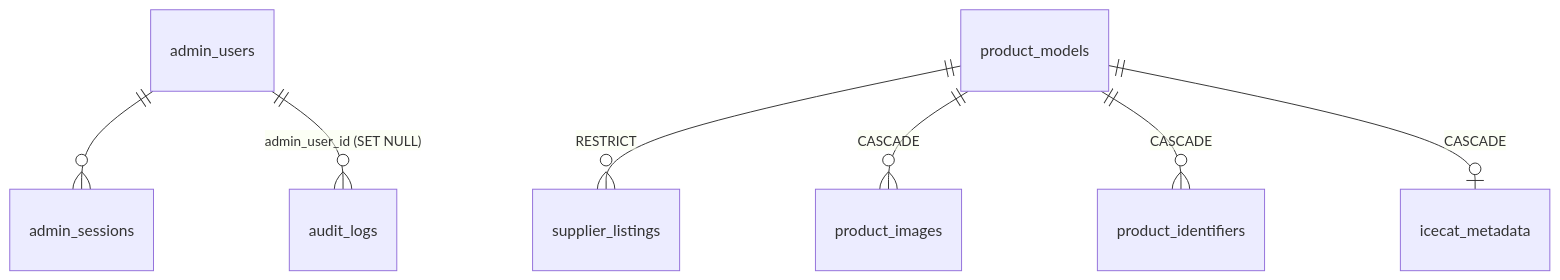
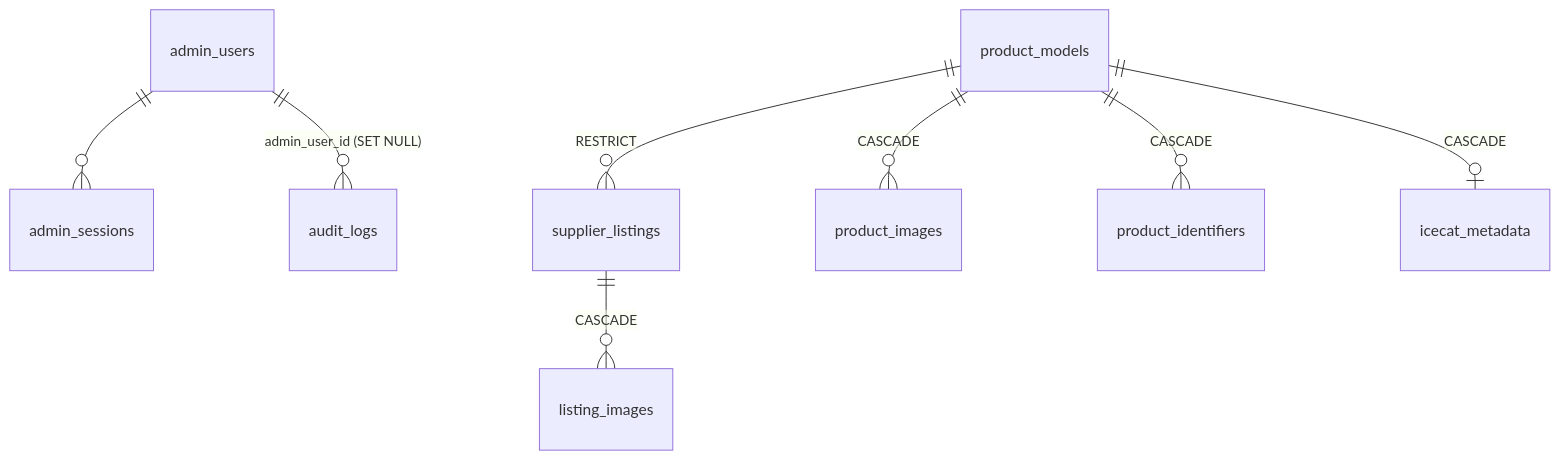
The first of 2 diagrams in docs/DATABASE.md (rissu18/laptop_store), drawn with Mermaid before and after one commit. The commit also changed other lines of this file and 74 other files, not shown here.

````diff
--- a/docs/DATABASE.md
+++ b/docs/DATABASE.md
@@ -50,9 +50,10 @@
 ```mermaid
 erDiagram
   admin_users ||--o{ admin_sessions : ""
   admin_users ||--o{ audit_logs : "admin_user_id (SET NULL)"
   product_models ||--o{ supplier_listings : "RESTRICT"
   product_models ||--o{ product_images : "CASCADE"
   product_models ||--o{ product_identifiers : "CASCADE"
   product_models ||--o| icecat_metadata : "CASCADE"
+  supplier_listings ||--o{ listing_images : "CASCADE"
 ```
````
